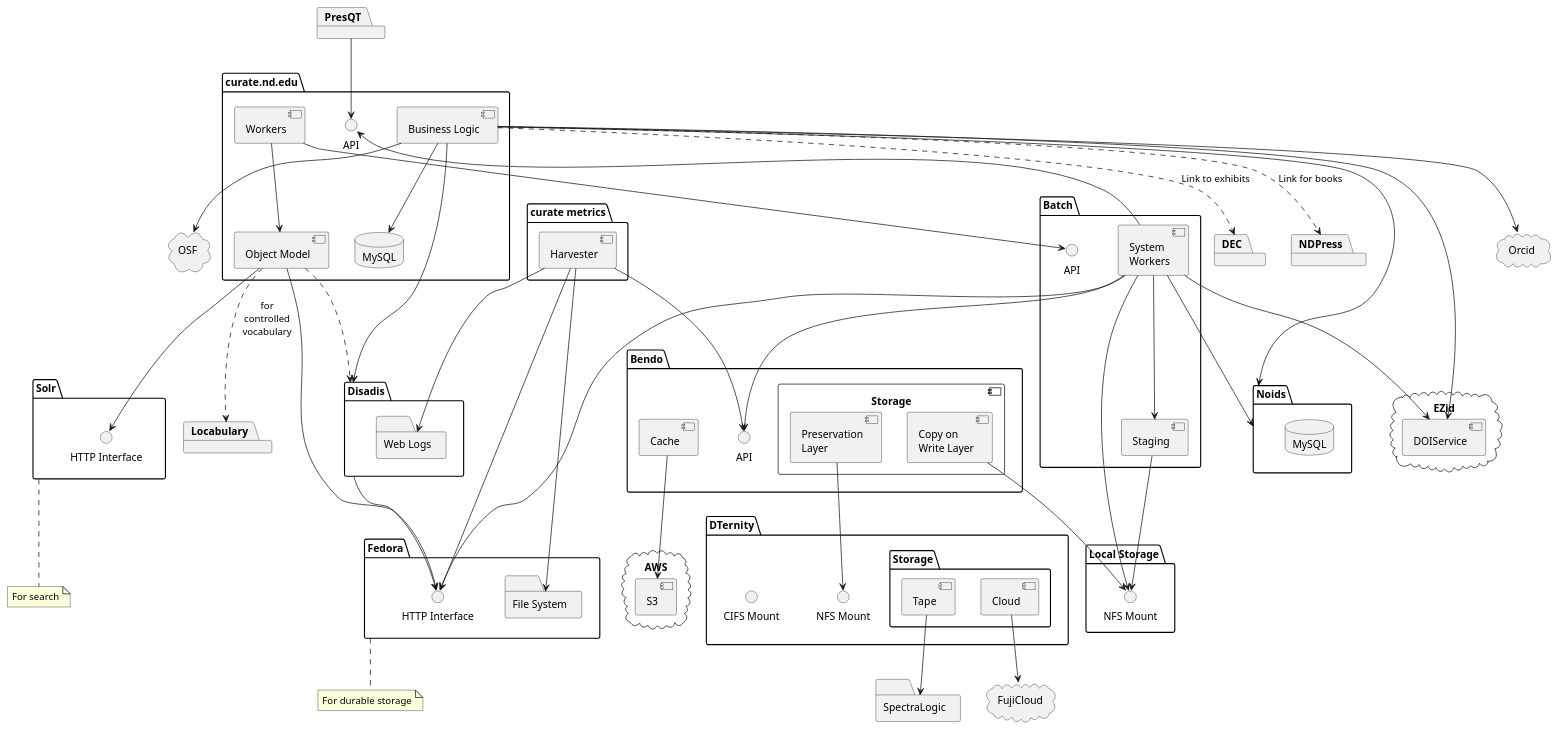
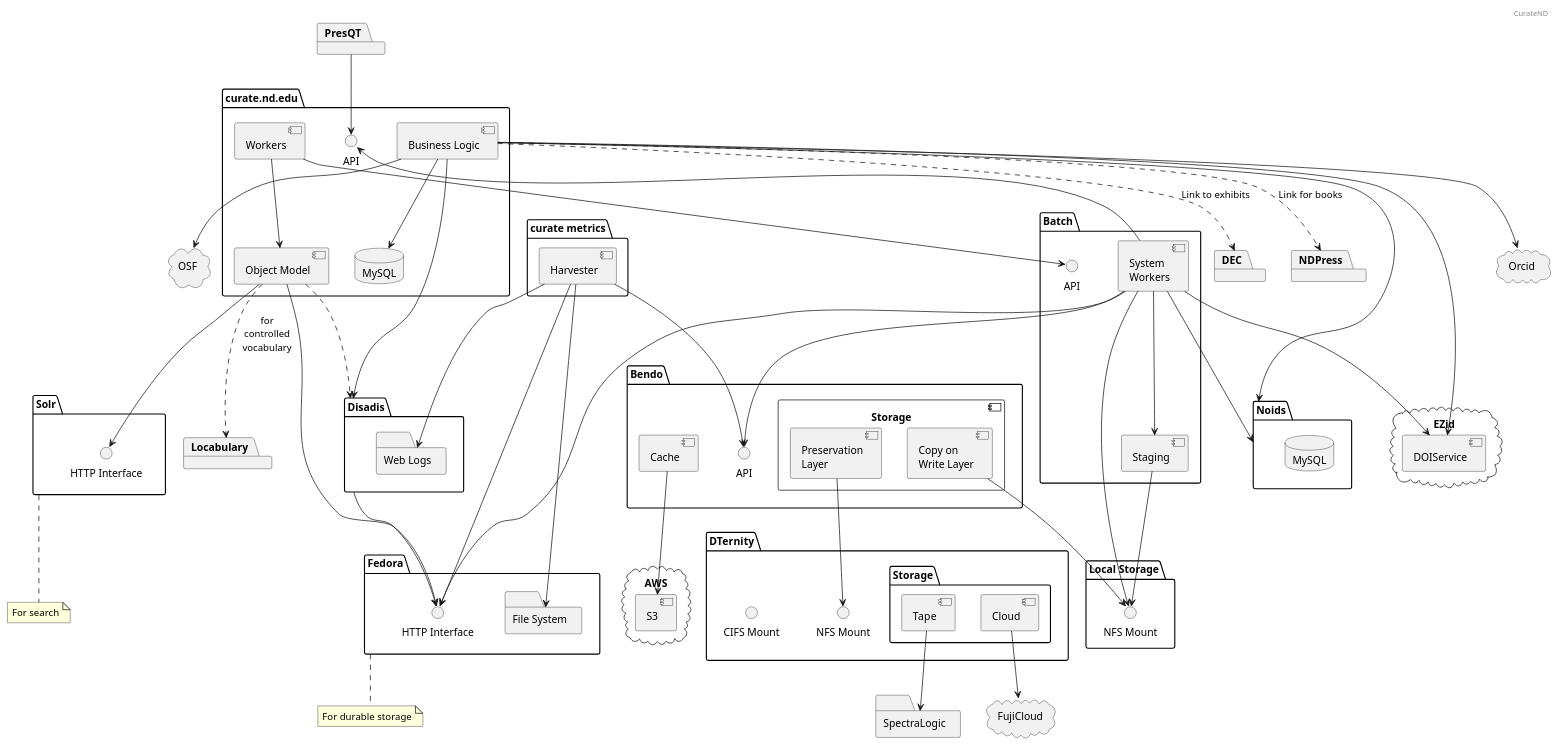
One commit to ndlib/dam-ecosystem-mapping changed the diagram in plantuml/curate_nd.puml. Above: the diagram before and after it, drawn with PlantUML. The commit also changed 8 other files, not shown here.

Commit message:
Adding headers to diagrams

```diff
--- a/plantuml/curate_nd.puml
+++ b/plantuml/curate_nd.puml
@@ -10,121 +10,123 @@
 @startuml
+
+header CurateND
 
 package "curate.nd.edu" {
   component "Object Model" as CurateOM
   component "Workers" as CurateW
   component "Business Logic" as CurateBL
   database MySQL
   interface "API" as CurateAPI
   CurateW --> CurateOM
   CurateBL --> MySQL
 }
 package Disadis {
   folder "Web Logs" as WebLogs
 }
 
 cloud OSF
 CurateBL --> OSF
 cloud Orcid
 CurateBL --> Orcid
 
 package DEC
 package NDPress
 package Locabulary
 package PresQT
 
 PresQT --> CurateAPI
 
 CurateOM ..> Disadis
 CurateBL ..> DEC : Link to exhibits
 CurateBL ..> NDPress : Link for books
 CurateOM ..> Locabulary : "for\ncontrolled\nvocabulary"
 
 package "Fedora" {
   interface "HTTP Interface" as FedoraHTTP
   folder "File System" as FedoraFS
 }
 note bottom of Fedora
   For durable storage
 end note
 
 package "Solr" {
   interface "HTTP Interface" as SolrHTTP
 }
 note bottom of Solr
   For search
 end note
 
 package "Batch" {
   interface API as BatchAPI
   component "System\nWorkers" as BatchWorkers
   component Staging as BatchStaging
   BatchWorkers --> BatchStaging
 }
 
 package "Bendo" {
   interface API as BendoAPI
   component Cache as BendoC
   component Storage {
     component "Copy on\nWrite Layer" as BendoCOW
     component "Preservation\nLayer" as BendoPL
   }
 }
 
 package "DTernity" {
   interface "NFS Mount" as DTernityNFSM
   interface "CIFS Mount" as DTernityCIFSM
   package "Storage" as DTernityStorage {
     component "Cloud" as DternityCS
     component "Tape" as DternityTS
   }
 }
 
 folder "Local Storage" {
   interface "NFS Mount" as LocalNFSMount
 }
 
 folder "SpectraLogic"
 
 cloud "FujiCloud"
 
 cloud AWS {
   component S3
 }
 
 cloud EZid {
   component DOIService as EZidDoiService
 }
 CurateBL --> EZidDoiService
 BatchWorkers --> EZidDoiService
 
 package Noids {
   database MySQL as MySQLNoids
 }
 CurateBL --> Noids
 BatchWorkers --> Noids
 
 package "curate metrics" {
   component "Harvester"
   Harvester --> WebLogs
   Harvester --> FedoraHTTP
   Harvester --> FedoraFS
   Harvester --> BendoAPI
 }
 
 BendoPL --> DTernityNFSM
 CurateOM --> FedoraHTTP
 CurateOM --> SolrHTTP
 BatchWorkers --> CurateAPI
 BendoCOW --> LocalNFSMount
 DternityTS --> SpectraLogic
 DternityCS --> FujiCloud
 BendoC --> S3
 CurateW --> BatchAPI
 BatchWorkers --> BendoAPI
 BatchWorkers --> FedoraHTTP
 BatchWorkers --> LocalNFSMount
 BatchStaging --> LocalNFSMount
 Disadis --> FedoraHTTP
 CurateBL --> Disadis
 
 @enduml
```
